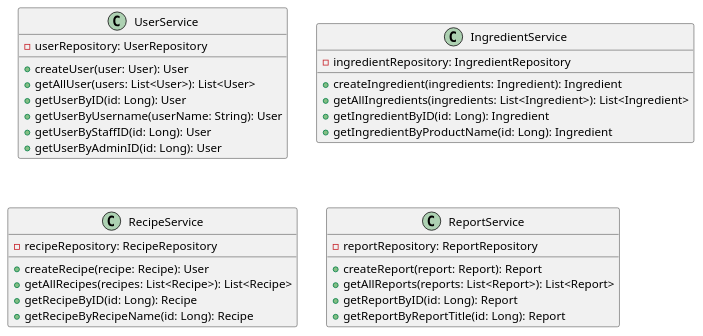
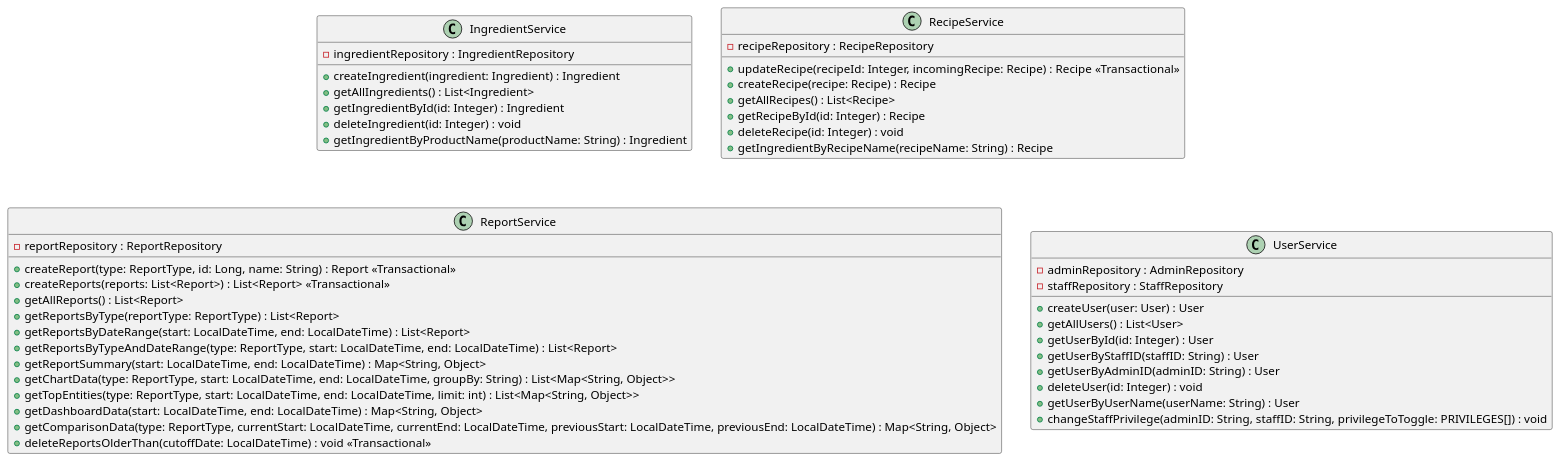
One commit to AlanCortez1337/cs5800-project changed the diagram in backend/src/documentation/classDiagrams/Services.puml. Above: the diagram before and after it, drawn with PlantUML. The commit also changed 6 other files, not shown here.

Commit message:
update class diagrams to how they should be implemented & fix config files for backend

```diff
--- a/backend/src/documentation/classDiagrams/Services.puml
+++ b/backend/src/documentation/classDiagrams/Services.puml
@@ -1,42 +1,55 @@
 @startuml
 
-class UserService {
-    - userRepository: UserRepository
+class IngredientService {
+    - ingredientRepository : IngredientRepository
 
-    + createUser(user: User): User
-    + getAllUser(users: List<User>): List<User>
-    + getUserByID(id: Long): User
-    + getUserByUsername(userName: String): User
-    + getUserByStaffID(id: Long): User
-    + getUserByAdminID(id: Long): User
-
-}
-
-class IngredientService {
-    - ingredientRepository: IngredientRepository
-
-    + createIngredient(ingredients: Ingredient): Ingredient
-    + getAllIngredients(ingredients: List<Ingredient>): List<Ingredient>
-    + getIngredientByID(id: Long): Ingredient
-    + getIngredientByProductName(id: Long): Ingredient
+    + createIngredient(ingredient: Ingredient) : Ingredient
+    + getAllIngredients() : List<Ingredient>
+    + getIngredientById(id: Integer) : Ingredient
+    + deleteIngredient(id: Integer) : void
+    + getIngredientByProductName(productName: String) : Ingredient
 }
 
 class RecipeService {
-    - recipeRepository: RecipeRepository
+    - recipeRepository : RecipeRepository
 
-    + createRecipe(recipe: Recipe): User
-    + getAllRecipes(recipes: List<Recipe>): List<Recipe>
-    + getRecipeByID(id: Long): Recipe
-    + getRecipeByRecipeName(id: Long): Recipe
+    + updateRecipe(recipeId: Integer, incomingRecipe: Recipe) : Recipe <<Transactional>>
+    + createRecipe(recipe: Recipe) : Recipe
+    + getAllRecipes() : List<Recipe>
+    + getRecipeById(id: Integer) : Recipe
+    + deleteRecipe(id: Integer) : void
+    + getIngredientByRecipeName(recipeName: String) : Recipe
 }
 
 class ReportService {
-    - reportRepository: ReportRepository
+    - reportRepository : ReportRepository
 
-    + createReport(report: Report): Report
-    + getAllReports(reports: List<Report>): List<Report>
-    + getReportByID(id: Long): Report
-    + getReportByReportTitle(id: Long): Report
+    + createReport(type: ReportType, id: Long, name: String) : Report <<Transactional>>
+    + createReports(reports: List<Report>) : List<Report> <<Transactional>>
+    + getAllReports() : List<Report>
+    + getReportsByType(reportType: ReportType) : List<Report>
+    + getReportsByDateRange(start: LocalDateTime, end: LocalDateTime) : List<Report>
+    + getReportsByTypeAndDateRange(type: ReportType, start: LocalDateTime, end: LocalDateTime) : List<Report>
+    + getReportSummary(start: LocalDateTime, end: LocalDateTime) : Map<String, Object>
+    + getChartData(type: ReportType, start: LocalDateTime, end: LocalDateTime, groupBy: String) : List<Map<String, Object>>
+    + getTopEntities(type: ReportType, start: LocalDateTime, end: LocalDateTime, limit: int) : List<Map<String, Object>>
+    + getDashboardData(start: LocalDateTime, end: LocalDateTime) : Map<String, Object>
+    + getComparisonData(type: ReportType, currentStart: LocalDateTime, currentEnd: LocalDateTime, previousStart: LocalDateTime, previousEnd: LocalDateTime) : Map<String, Object>
+    + deleteReportsOlderThan(cutoffDate: LocalDateTime) : void <<Transactional>>
+}
+
+class UserService {
+    - adminRepository : AdminRepository
+    - staffRepository : StaffRepository
+
+    + createUser(user: User) : User
+    + getAllUsers() : List<User>
+    + getUserById(id: Integer) : User
+    + getUserByStaffID(staffID: String) : User
+    + getUserByAdminID(adminID: String) : User
+    + deleteUser(id: Integer) : void
+    + getUserByUserName(userName: String) : User
+    + changeStaffPrivilege(adminID: String, staffID: String, privilegeToToggle: PRIVILEGES[]) : void
 }
 
 @enduml
```
